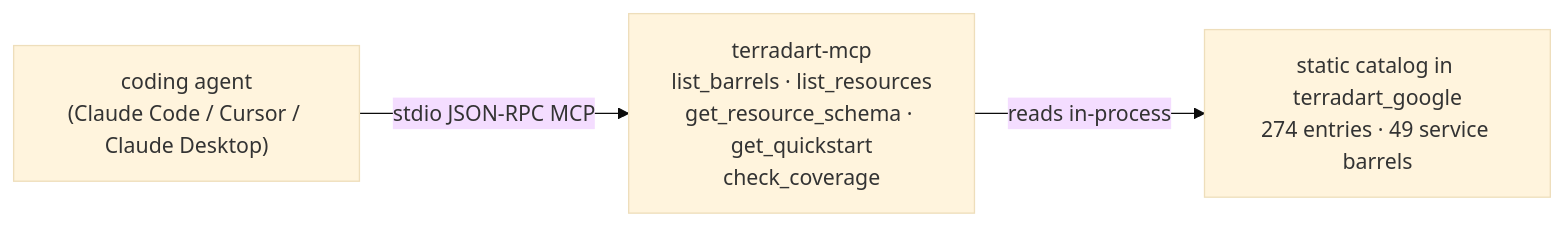
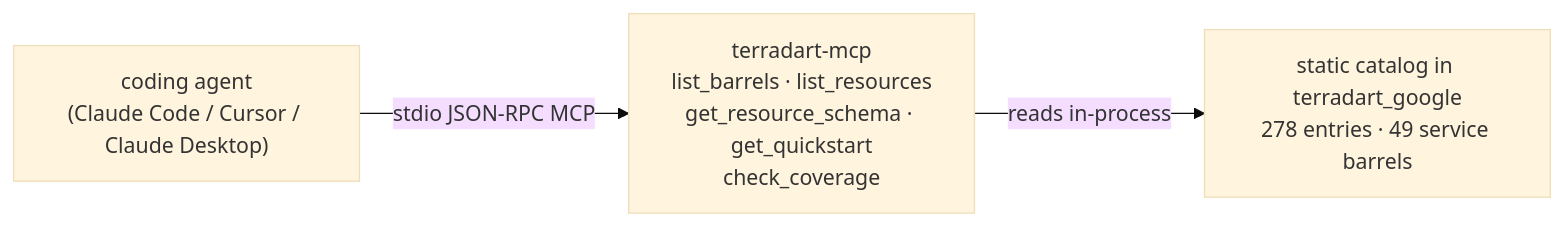
One commit to nozomi-koborinai/terradart changed the diagram in website/src/content/docs/docs/agent/index.md. Above: the diagram before and after it, drawn with Mermaid (base theme). The commit also changed other lines of this file and 21 other files, not shown here.

````diff
--- a/website/src/content/docs/docs/agent/index.md
+++ b/website/src/content/docs/docs/agent/index.md
@@ -12,8 +12,8 @@
 ```mermaid
 graph LR
   agent["coding agent<br/>(Claude Code / Cursor / Claude Desktop)"]
   mcp["terradart-mcp<br/>list_barrels · list_resources<br/>get_resource_schema · get_quickstart<br/>check_coverage"]
-  catalog["static catalog in terradart_google<br/>274 entries · 49 service barrels"]
+  catalog["static catalog in terradart_google<br/>278 entries · 49 service barrels"]
   agent -->|stdio JSON-RPC MCP| mcp
   mcp -->|reads in-process| catalog
 ```
````
